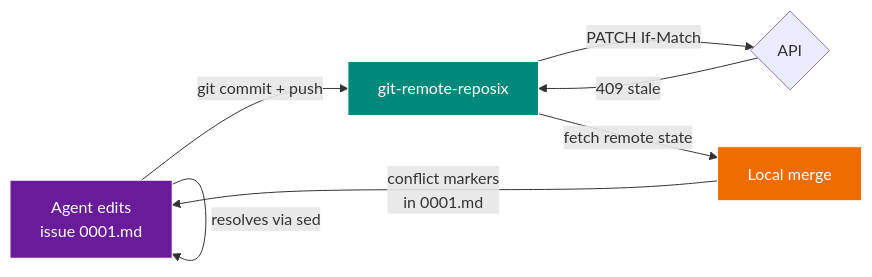
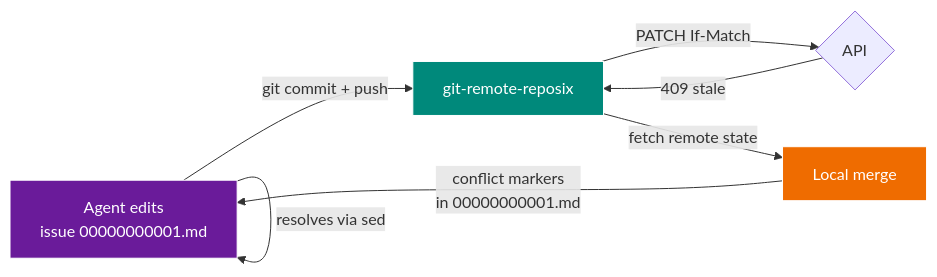
The second of 2 diagrams in docs/why.md (reubenjohn/reposix), drawn with Mermaid before and after one commit. The commit also changed other lines of this file and 5 other files, not shown here.

First line of the commit message:
docs(13-D1): migrate walkthroughs + architecture diagrams to nested layout

````diff
--- a/docs/why.md
+++ b/docs/why.md
@@ -104,12 +104,12 @@
 ```mermaid
 flowchart LR
-  A[Agent edits<br/>issue 0001.md] -->|git commit + push| B[git-remote-reposix]
+  A[Agent edits<br/>issue 00000000001.md] -->|git commit + push| B[git-remote-reposix]
   B -->|PATCH If-Match| C{API}
   C -->|409 stale| B
   B -->|fetch remote state| D[Local merge]
-  D -->|conflict markers<br/>in 0001.md| A
+  D -->|conflict markers<br/>in 00000000001.md| A
   A -->|resolves via sed| A
   style A fill:#6a1b9a,stroke:#fff,color:#fff
   style B fill:#00897b,stroke:#fff,color:#fff
   style D fill:#ef6c00,stroke:#fff,color:#fff
 ```
````
